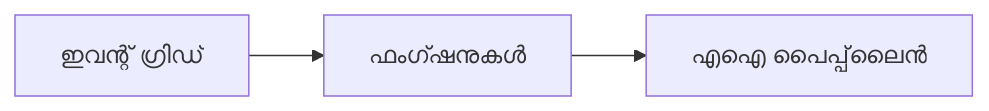
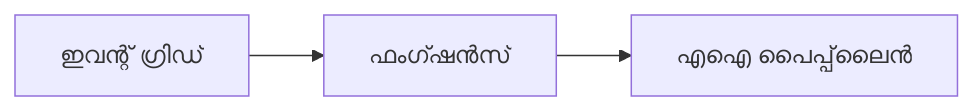
The second of 2 diagrams in translations/ml/docs/chapter-08-production/README.md (microsoft/AZD-for-beginners), drawn with Mermaid before and after one commit. The commit also changed other lines of this file and 101 other files, not shown here.

````diff
--- a/translations/ml/docs/chapter-08-production/README.md
+++ b/translations/ml/docs/chapter-08-production/README.md
@@ -54,4 +56,4 @@
 ```mermaid
 graph LR
-    EventGrid[ഇവന്റ് ഗ്രിഡ്] --> Functions[ഫംഗ്ഷനുകൾ] --> Pipeline[എഐ പൈപ്പ്‌ലൈൻ]
+    EventGrid[ഇവന്റ് ഗ്രിഡ്] --> Functions[ഫംഗ്ഷൻസ്] --> Pipeline[എഐ പൈപ്പ്‌ലൈൻ]
 ```
````
